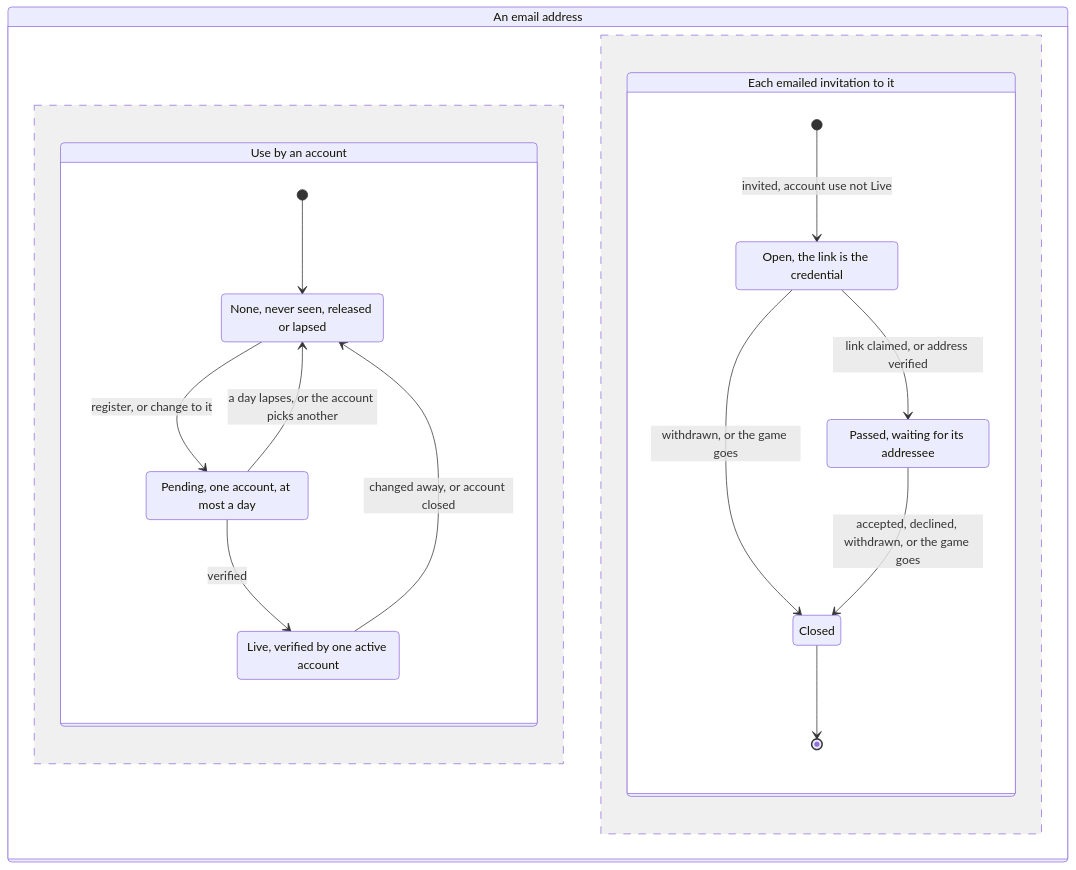
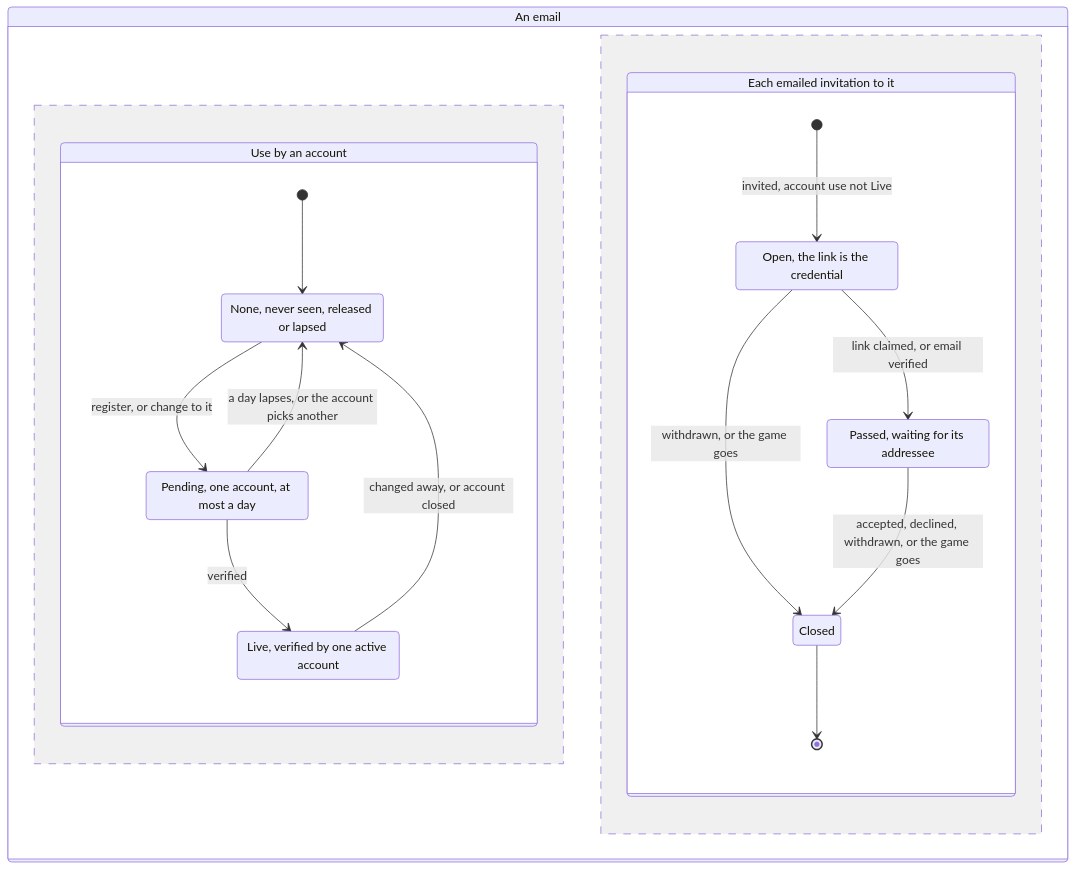
One commit to delphside/programme changed diagram 29 of 29 in docs/changes/workstreams/application-game-architecture/71-one-game-model/71-functional.md. Above: the diagram before and after it, drawn with Mermaid. The commit also changed other lines of this file, not shown here.

First line of the commit message:
app 0.9.2 api 2.16: 71: "email" rather than "address" or "email address"

````diff
--- a/docs/changes/workstreams/application-game-architecture/71-one-game-model/71-functional.md
+++ b/docs/changes/workstreams/application-game-architecture/71-one-game-model/71-functional.md
@@ -683,25 +683,25 @@
 ```mermaid
 stateDiagram-v2
-    state "An email address" as EA {
+    state "An email" as EA {
         state "Use by an account" as AU {
             [*] --> None
             None: None, never seen, released or lapsed
             Pending: Pending, one account, at most a day
             Live: Live, verified by one active account
             None --> Pending: register, or change to it
             Pending --> None: a day lapses, or the account picks another
             Pending --> Live: verified
             Live --> None: changed away, or account closed
         }
         --
         state "Each emailed invitation to it" as IU {
             [*] --> Open: invited, account use not Live
             Open: Open, the link is the credential
             Passed: Passed, waiting for its addressee
-            Open --> Passed: link claimed, or address verified
+            Open --> Passed: link claimed, or email verified
             Open --> Closed: withdrawn, or the game goes
             Passed --> Closed: accepted, declined, withdrawn, or the game goes
             Closed --> [*]
         }
     }
 ```
````
